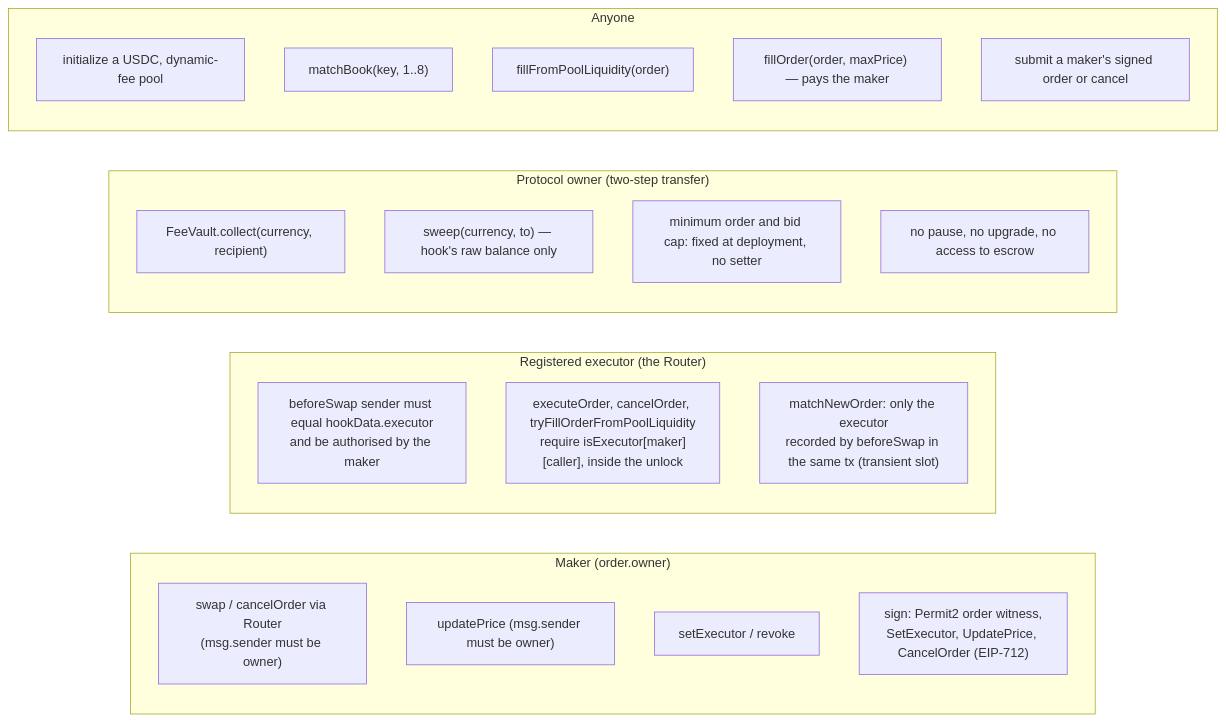
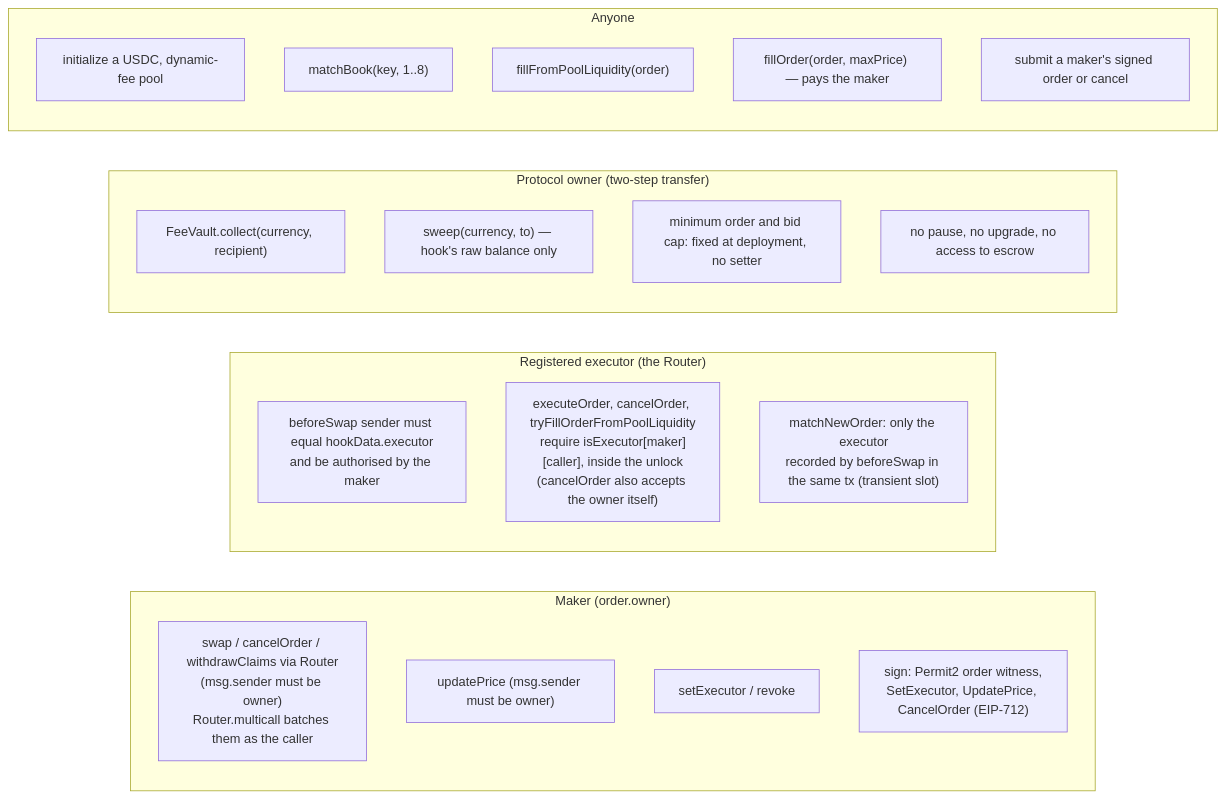
Before and after one commit to asyncswap/contracts: the fourth of 5 diagrams in docs/protocol.md, drawn with Mermaid. The commit also changed other lines of this file and 43 other files, not shown here.

````diff
--- a/docs/protocol.md
+++ b/docs/protocol.md
@@ -226,27 +259,27 @@
 ```mermaid
 flowchart LR
     subgraph MakerRights["Maker (order.owner)"]
-        m1["swap / cancelOrder via Router<br/>(msg.sender must be owner)"]
+        m1["swap / cancelOrder / withdrawClaims via Router<br/>(msg.sender must be owner)<br/>Router.multicall batches them as the caller"]
         m2["updatePrice (msg.sender must be owner)"]
         m3["setExecutor / revoke"]
         m4["sign: Permit2 order witness,<br/>SetExecutor, UpdatePrice, CancelOrder (EIP-712)"]
     end
     subgraph ExecutorRights["Registered executor (the Router)"]
         e1["beforeSwap sender must equal hookData.executor<br/>and be authorised by the maker"]
-        e2["executeOrder, cancelOrder, tryFillOrderFromPoolLiquidity<br/>require isExecutor[maker][caller], inside the unlock"]
+        e2["executeOrder, cancelOrder, tryFillOrderFromPoolLiquidity<br/>require isExecutor[maker][caller], inside the unlock<br/>(cancelOrder also accepts the owner itself)"]
         e3["matchNewOrder: only the executor<br/>recorded by beforeSwap in the same tx (transient slot)"]
     end
     subgraph OwnerRights["Protocol owner (two-step transfer)"]
         o1["FeeVault.collect(currency, recipient)"]
         o2["sweep(currency, to) — hook's raw balance only"]
         o3["minimum order and bid cap: fixed at deployment, no setter"]
         o4["no pause, no upgrade, no access to escrow"]
     end
     subgraph Public["Anyone"]
         p0["initialize a USDC, dynamic-fee pool"]
         p1["matchBook(key, 1..8)"]
         p2["fillFromPoolLiquidity(order)"]
         p3["fillOrder(order, maxPrice) — pays the maker"]
         p4["submit a maker's signed order or cancel"]
     end
 ```
````
